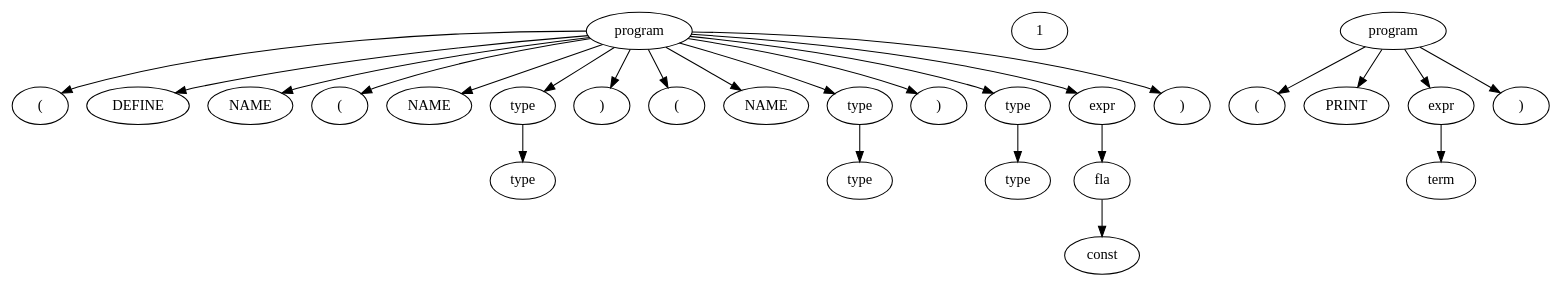
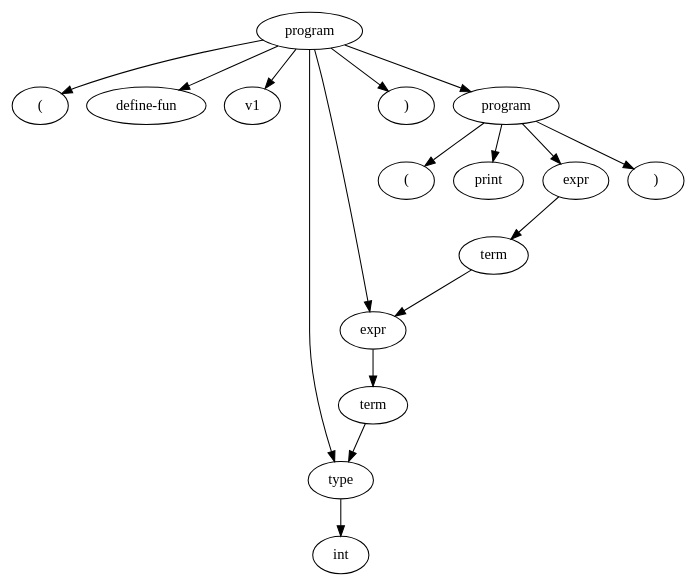
Before and after one commit to fa21i/cop5621: the diagram in parse_tree.dot, drawn with Graphviz. The commit also changed 6 other files, not shown here.

```diff
--- a/parse_tree.dot
+++ b/parse_tree.dot
@@ -1,53 +1,36 @@
 digraph print {
+0 [label=int ordering="out"]
+1 -> 0
+1 [label=1 ordering="out"]
+2 -> 1
+2 [label=term ordering="out"]
+3 -> 2
+3 [label=2 ordering="out"]
+4 -> 3
+4 [label=term ordering="out"]
+5 -> 4
+9 [label=program ordering="out"]
+6 [label="(" ordering="out"]
+7 [label=print ordering="out"]
+5 [label=expr ordering="out"]
+8 [label=")" ordering="out"]
+9 -> 6
+9 -> 7
+9 -> 5
+9 -> 8
+14 [label=program ordering="out"]
+10 [label="(" ordering="out"]
+11 [label="define-fun" ordering="out"]
+12 [label=v1 ordering="out"]
 1 [label=type ordering="out"]
-2 [label=type ordering="out"]
-3 [label=type ordering="out"]
-4 [label=const ordering="out"]
-5 [label=fla ordering="out"]
-5 -> 4
-6 [label=1 ordering="out"]
-7 [label=term ordering="out"]
-8 [label="(" ordering="out"]
-9 [label=PRINT ordering="out"]
-10 [label=expr ordering="out"]
-10 -> 7
-11 [label=")" ordering="out"]
-12 [label=program ordering="out"]
-12 -> 8
-12 -> 9
-12 -> 10
-12 -> 11
-13 [label="(" ordering="out"]
-14 [label=DEFINE ordering="out"]
-15 [label=NAME ordering="out"]
-16 [label="(" ordering="out"]
-17 [label=NAME ordering="out"]
-18 [label=type ordering="out"]
-18 -> 1
-19 [label=")" ordering="out"]
-20 [label="(" ordering="out"]
-21 [label=NAME ordering="out"]
-22 [label=type ordering="out"]
-22 -> 2
-23 [label=")" ordering="out"]
-24 [label=type ordering="out"]
-24 -> 3
-25 [label=expr ordering="out"]
-25 -> 5
-26 [label=")" ordering="out"]
-27 [label=program ordering="out"]
-27 -> 13
-27 -> 14
-27 -> 15
-27 -> 16
-27 -> 17
-27 -> 18
-27 -> 19
-27 -> 20
-27 -> 21
-27 -> 22
-27 -> 23
-27 -> 24
-27 -> 25
-27 -> 26
+3 [label=expr ordering="out"]
+13 [label=")" ordering="out"]
+9 [label=program ordering="out"]
+14 -> 10
+14 -> 11
+14 -> 12
+14 -> 1
+14 -> 3
+14 -> 13
+14 -> 9
 }
```
